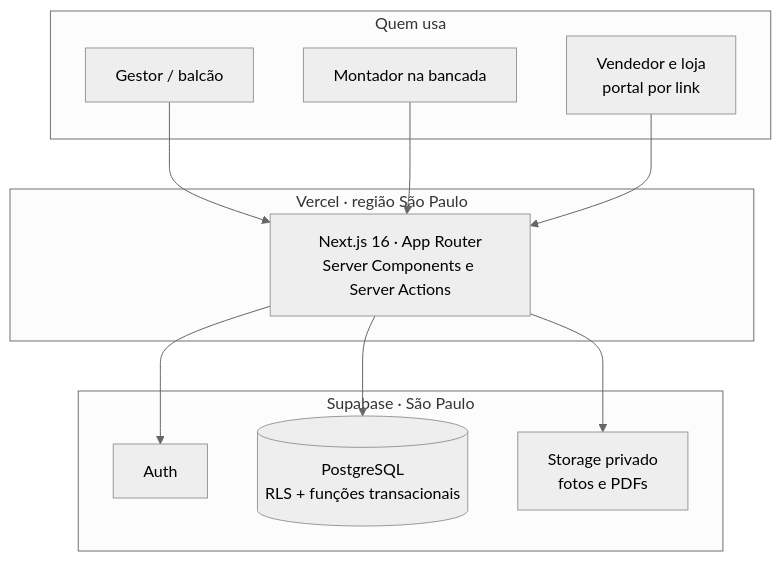
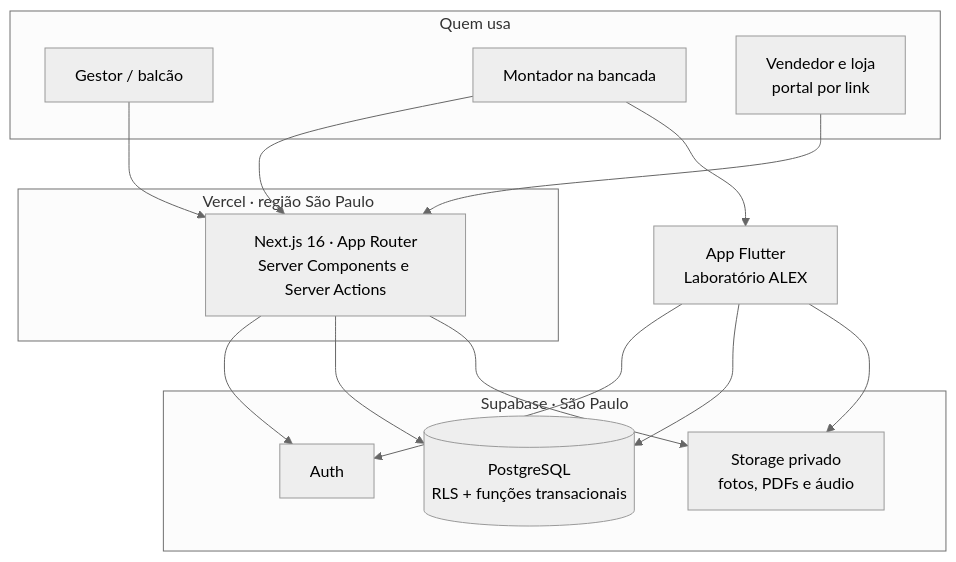
Before and after one commit to alexferreiraindustrial-hue/laboratorio-optico: the second of 2 diagrams in README.md, drawn with Mermaid (neutral theme). The commit also changed other lines of this file and 142 other files, not shown here.

````diff
--- a/README.md
+++ b/README.md
@@ -100,21 +127,26 @@
 ```mermaid
 flowchart TB
   subgraph Usuarios[Quem usa]
     G[Gestor / balcão]
     MT[Montador na bancada]
     V[Vendedor e loja<br/>portal por link]
   end
   subgraph Vercel[Vercel · região São Paulo]
     N[Next.js 16 · App Router<br/>Server Components e Server Actions]
   end
+  APP[App Flutter<br/>Laboratório ALEX]
   subgraph Supabase[Supabase · São Paulo]
     AU[Auth]
     DB[(PostgreSQL<br/>RLS + funções transacionais)]
-    ST[Storage privado<br/>fotos e PDFs]
+    ST[Storage privado<br/>fotos, PDFs e áudio]
   end
   G & MT --> N
   V --> N
+  MT --> APP
   N --> AU
   N --> DB
   N --> ST
+  APP --> AU
+  APP --> DB
+  APP --> ST
 ```
````
